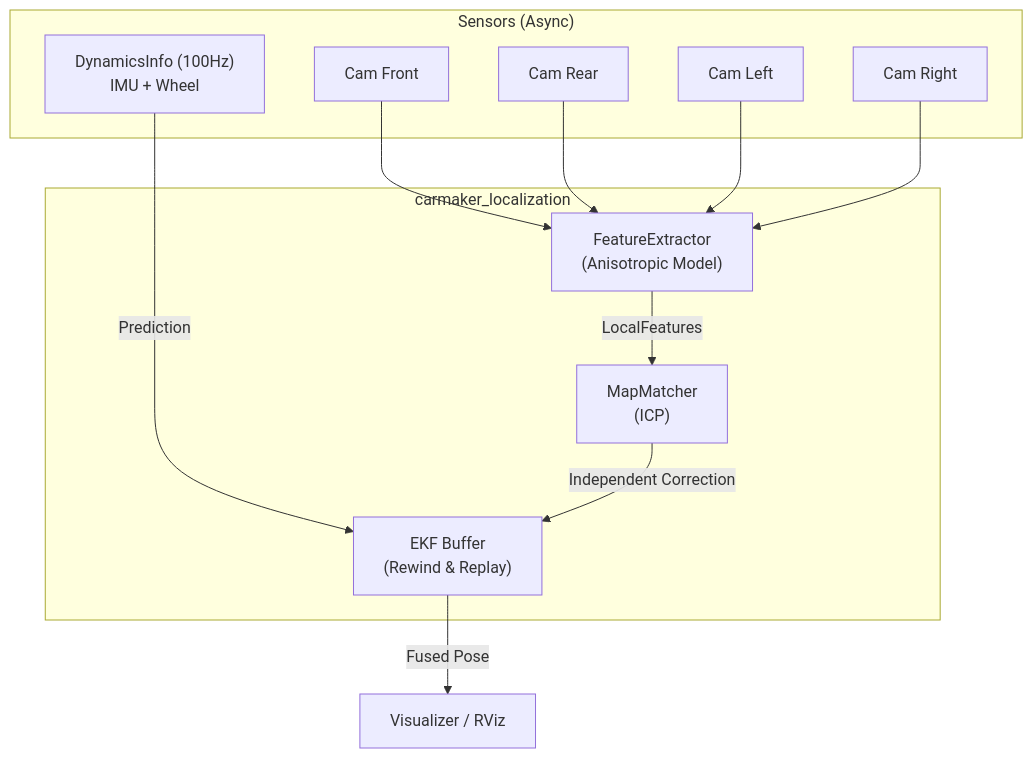
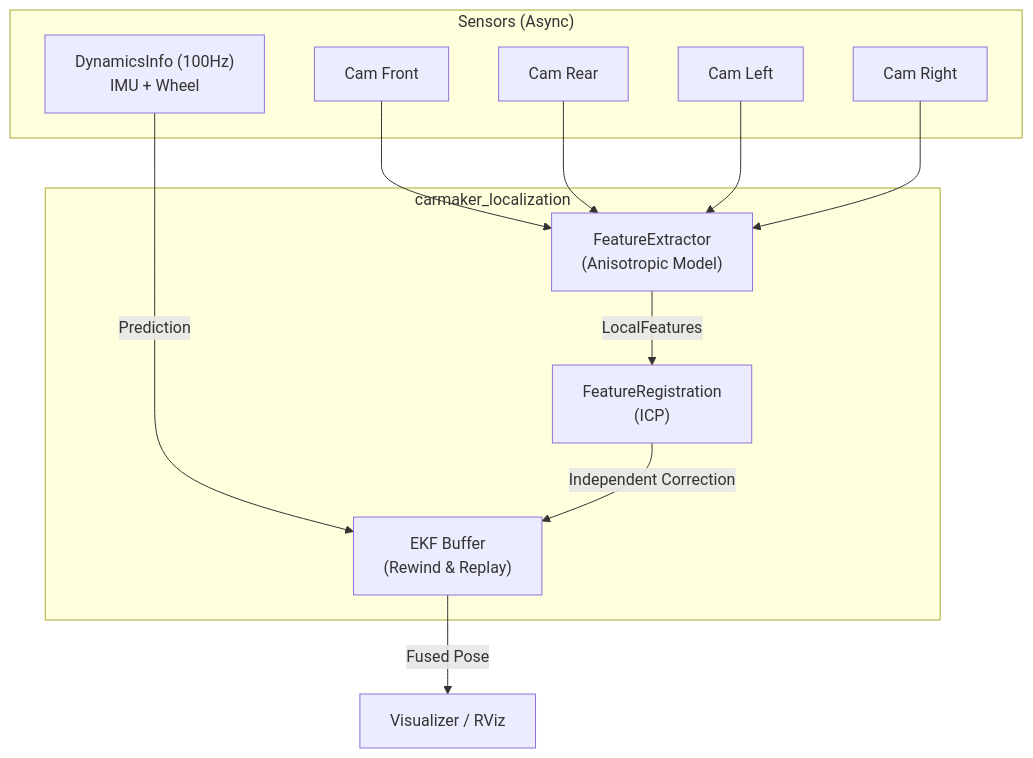
One commit to 2025-AILAB-WINTER-INTERNSHIP/carmaker changed the diagram in src/carmaker_localization/docs/Design.md. Above: the diagram before and after it, drawn with Mermaid. The commit also changed other lines of this file and 1 other file, not shown here.

````diff
--- a/src/carmaker_localization/docs/Design.md
+++ b/src/carmaker_localization/docs/Design.md
@@ -21,22 +21,22 @@
 ```mermaid
 graph TD
     subgraph "Sensors (Async)"
         IMU["DynamicsInfo (100Hz)<br/>IMU + Wheel"]
         C1["Cam Front"]
         C2["Cam Rear"]
         C3["Cam Left"]
         C4["Cam Right"]
     end
 
     subgraph "carmaker_localization"
         EB["EKF Buffer<br/>(Rewind & Replay)"]
         FE["FeatureExtractor<br/>(Anisotropic Model)"]
-        MM["MapMatcher<br/>(ICP)"]
+        MM["FeatureRegistration<br/>(ICP)"]
     end
 
     IMU -->|Prediction| EB
     C1 & C2 & C3 & C4 --> FE
     FE -->|LocalFeatures| MM
     MM -->|Independent Correction| EB
     EB -->|Fused Pose| VIZ["Visualizer / RViz"]
 ```
````
